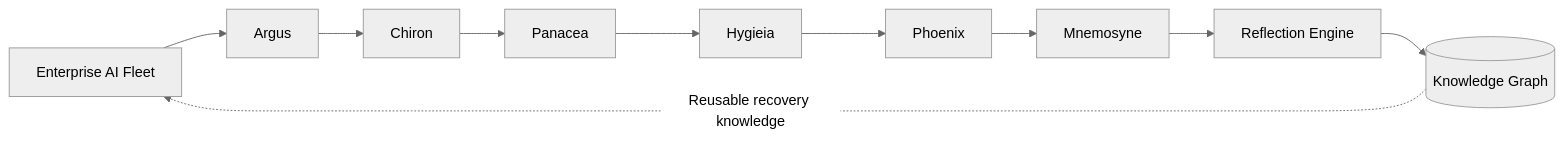
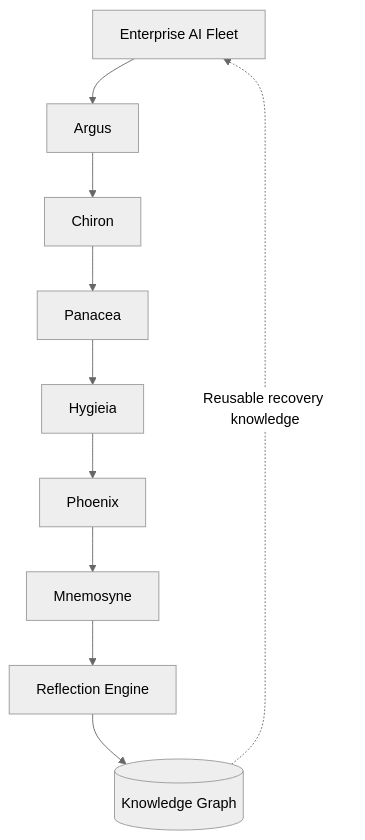
Before and after one commit to devyanshipanigrahi-cmd/Asceplius: the diagram in README.md, drawn with Mermaid (neutral theme).

Commit message:
Add flowchart for Enterprise AI Fleet
Updated README to include a flowchart for the Enterprise AI Fleet.

````diff
--- a/README.md
+++ b/README.md
@@ -71,22 +71,22 @@
 ```mermaid
-flowchart LR
+flowchart TD
 
 Fleet[Enterprise AI Fleet]
 --> Argus[Argus]
 
 Argus --> Chiron[Chiron]
 
 Chiron --> Panacea[Panacea]
 
 Panacea --> Hygieia[Hygieia]
 
 Hygieia --> Phoenix[Phoenix]
 
 Phoenix --> Mnemosyne[Mnemosyne]
 
 Mnemosyne --> Reflection[Reflection Engine]
 
 Reflection --> KG[(Knowledge Graph)]
 
 KG -. Reusable recovery knowledge .-> Fleet
 ```
````
